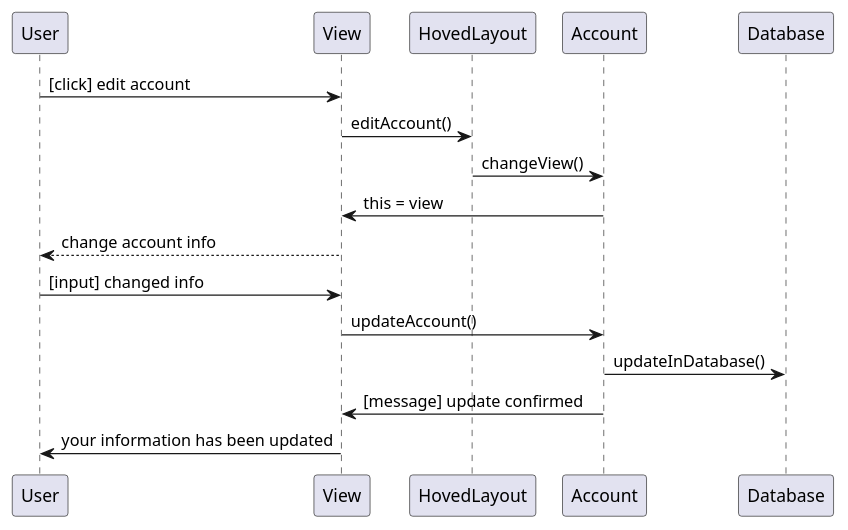
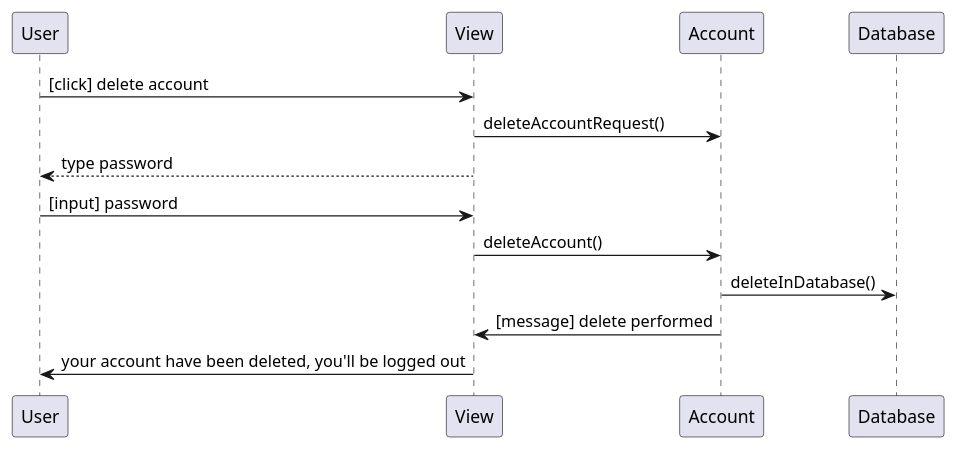
One commit to simenvl/software-engineering_g12 changed the diagram in src/no/ticket/Charts/Sequence/alt/EditAccountSequence.puml. Above: the diagram before and after it, drawn with PlantUML. The commit also changed 9 other files, not shown here.

```diff
--- a/src/no/ticket/Charts/Sequence/alt/EditAccountSequence.puml
+++ b/src/no/ticket/Charts/Sequence/alt/EditAccountSequence.puml
@@ -1,12 +1,10 @@
 @startuml
-User -> View: [click] edit account
-View -> HovedLayout: editAccount()
-HovedLayout -> Account: changeView()
-Account -> View: this = view
-View --> User: change account info
-User -> View: [input] changed info
-View -> Account: updateAccount()
-Account -> Database: updateInDatabase()
-Account -> View: [message] update confirmed
-View -> User: your information has been updated
+User -> View: [click] delete account
+View -> Account: deleteAccountRequest()
+View --> User: type password
+User -> View: [input] password
+View -> Account: deleteAccount()
+Account -> Database: deleteInDatabase()
+Account -> View: [message] delete performed
+View -> User: your account have been deleted, you'll be logged out
 @enduml
```
